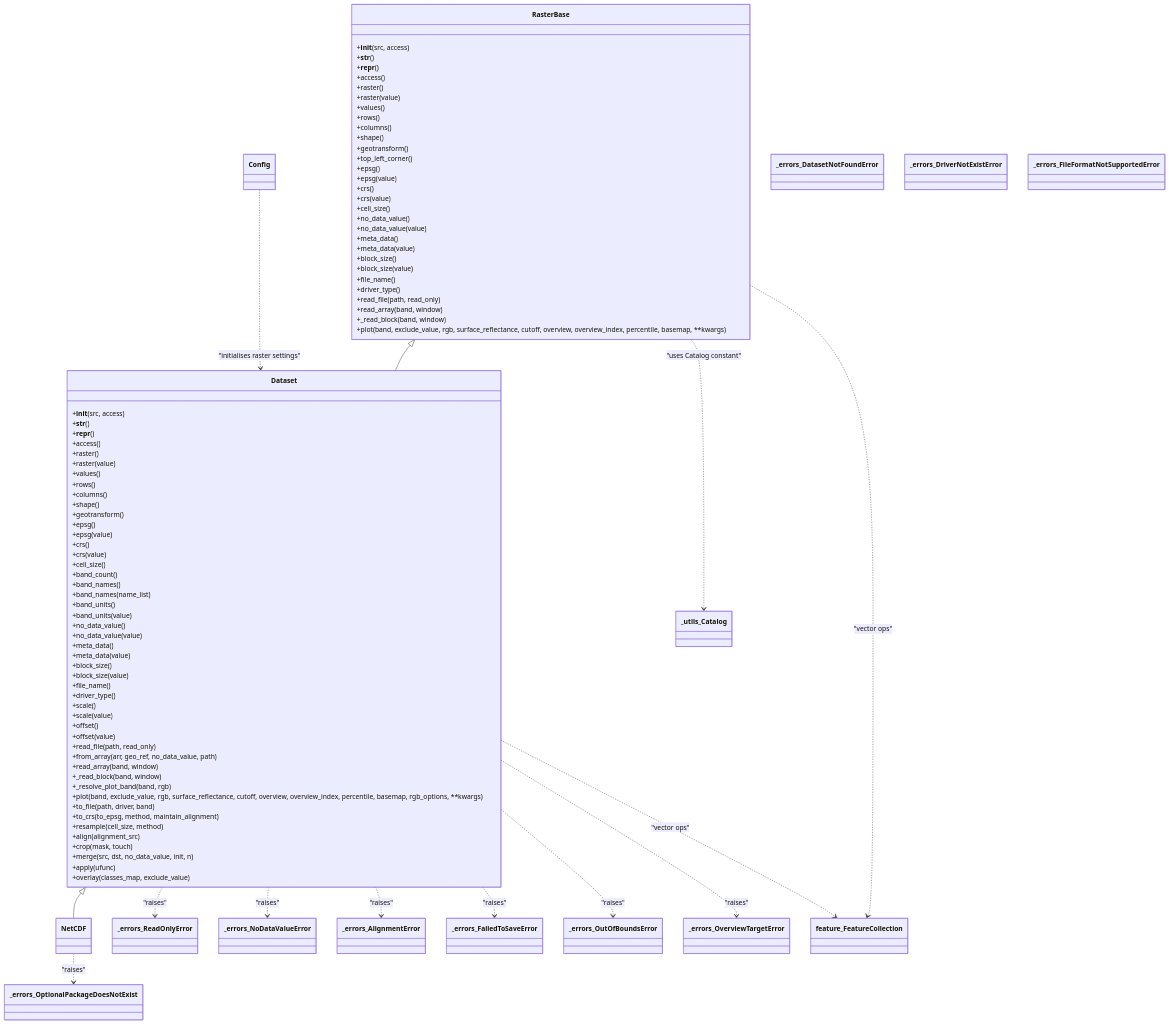
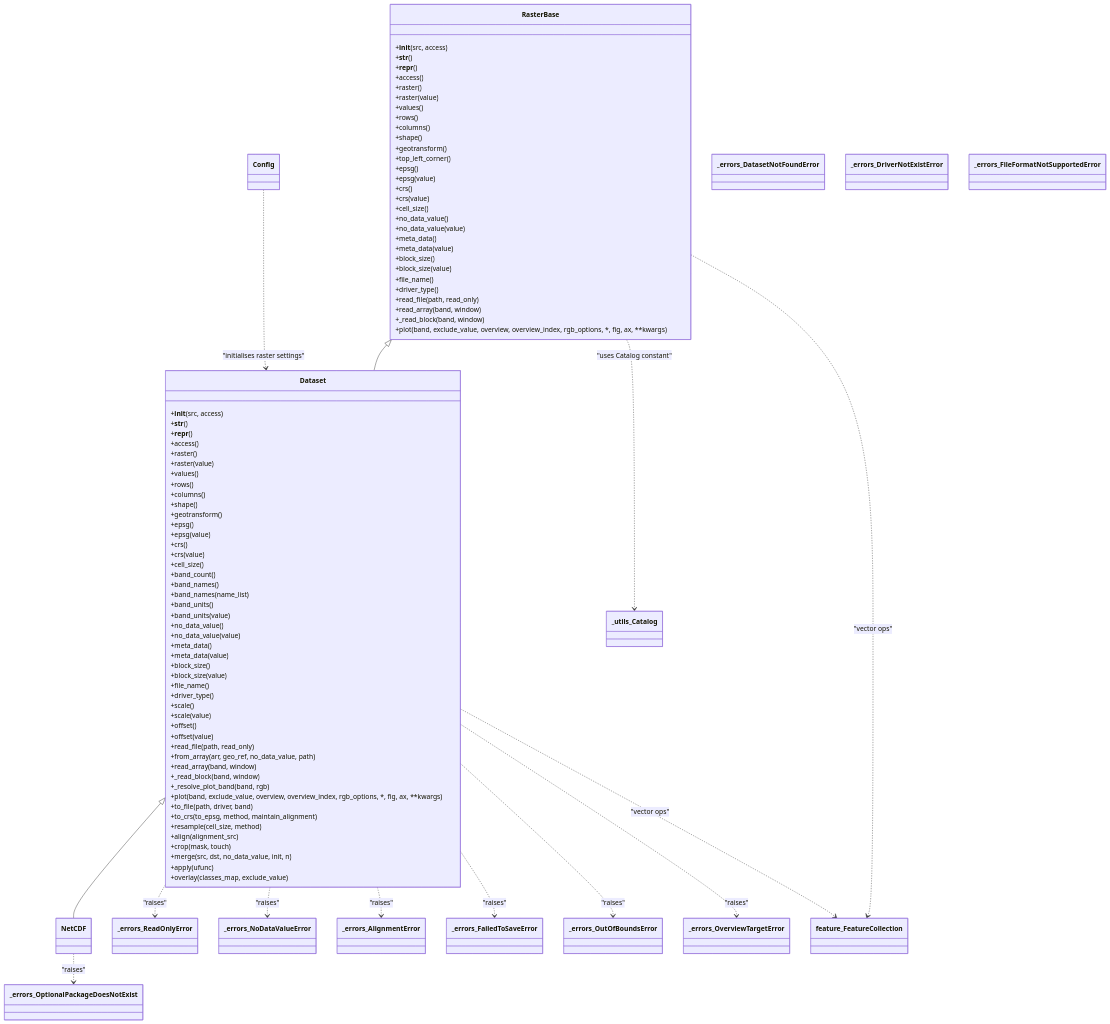
The third of 4 diagrams in docs/reference/dataset/index.md (serapeum-org/pyramids), drawn with Mermaid before and after one commit. The commit also changed 7 other files, not shown here.

```diff
--- a/docs/reference/dataset/index.md
+++ b/docs/reference/dataset/index.md
@@ -73,7 +73,7 @@
         +read_file(path, read_only)
         +read_array(band, window)
         +_read_block(band, window)
-        +plot(band, exclude_value, rgb, surface_reflectance, cutoff, overview, overview_index, percentile, basemap, **kwargs)
+        +plot(band, exclude_value, overview, overview_index, rgb_options, *, fig, ax, **kwargs)
     }
 
     %% concrete raster class
@@ -116,7 +116,7 @@
         +read_array(band, window)
         +_read_block(band, window)
         +_resolve_plot_band(band, rgb)
-        +plot(band, exclude_value, rgb, surface_reflectance, cutoff, overview, overview_index, percentile, basemap, rgb_options, **kwargs)
+        +plot(band, exclude_value, overview, overview_index, rgb_options, *, fig, ax, **kwargs)
         +to_file(path, driver, band)
         +to_crs(to_epsg, method, maintain_alignment)
         +resample(cell_size, method)
```
